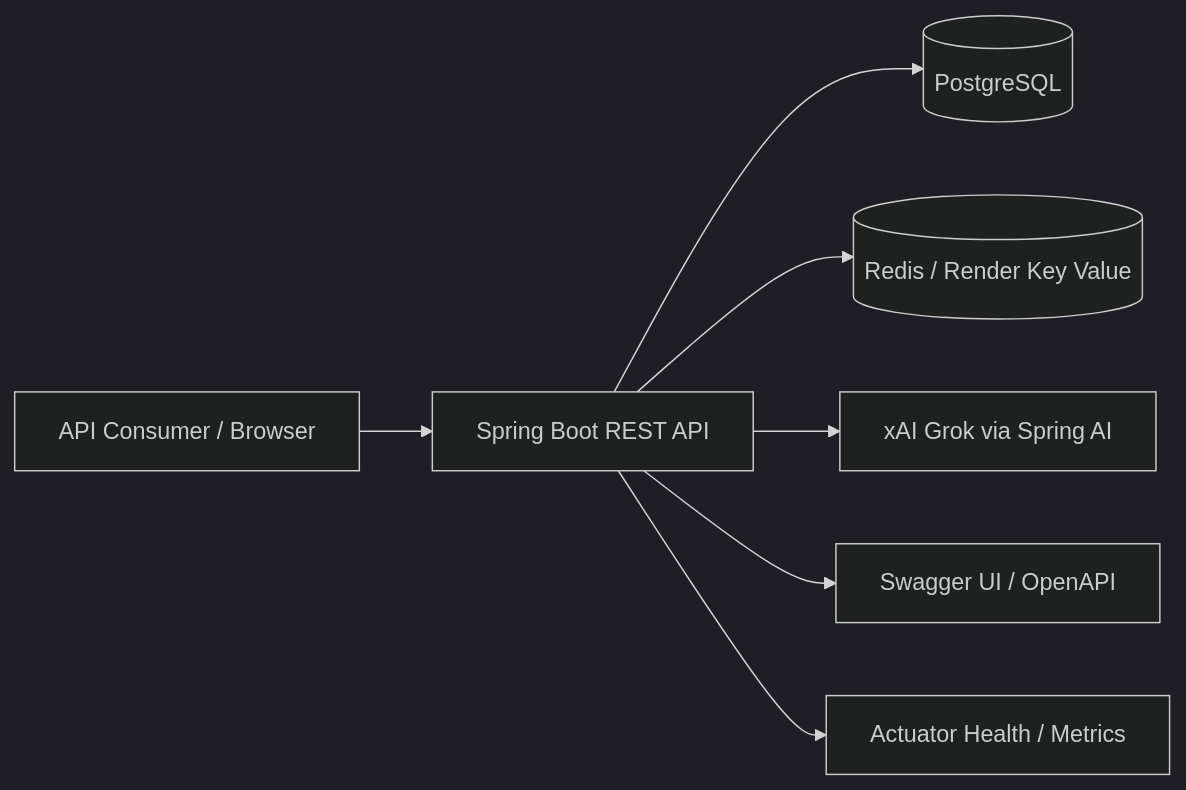
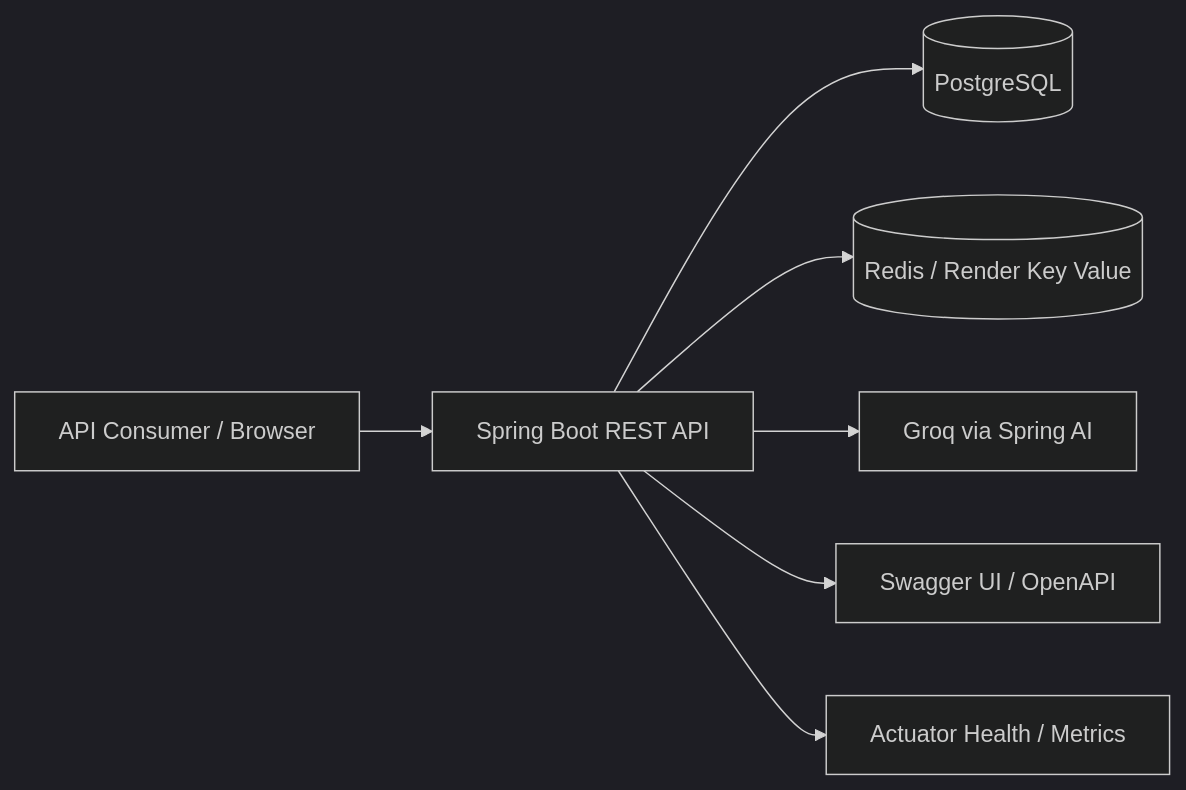
One commit to ManojJeur/UrlShortner changed the diagram in README.md. Above: the diagram before and after it, drawn with Mermaid (dark theme). The commit also changed other lines of this file and 40 other files, not shown here.

````diff
--- a/README.md
+++ b/README.md
@@ -24,9 +24,9 @@
 ```mermaid
 flowchart LR
     Client[API Consumer / Browser] --> API[Spring Boot REST API]
     API --> Postgres[(PostgreSQL)]
     API --> Redis[(Redis / Render Key Value)]
-    API --> Grok[xAI Grok via Spring AI]
+    API --> Groq[Groq via Spring AI]
     API --> Docs[Swagger UI / OpenAPI]
     API --> Actuator[Actuator Health / Metrics]
 ```
````
